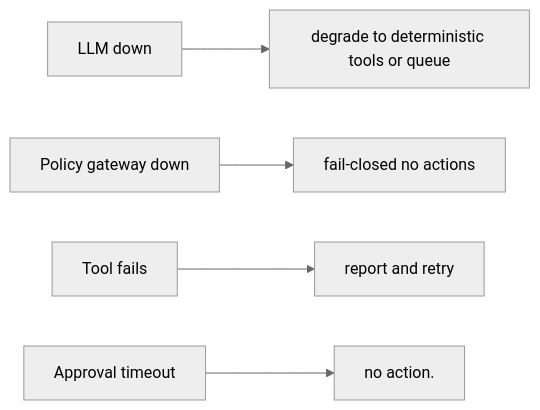
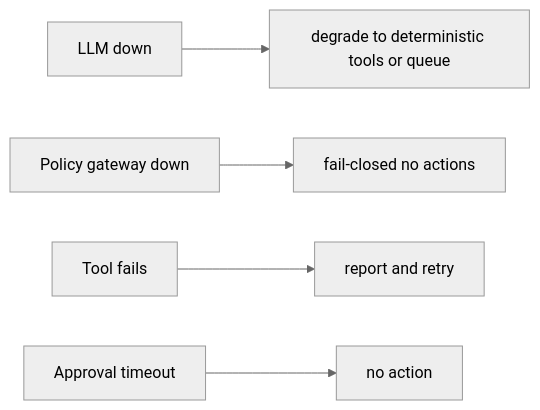
Before and after one commit to RIT-MESH/system-design-mastery: the third of 3 diagrams in case-studies/network-ai-systems/secure-network-agent.md, drawn with Mermaid (neutral theme). The commit also changed other lines of this file and 215 other files, not shown here.

First line of the commit message:
Complete all remaining work: expand case studies, add 13 AI case studies, fix diagrams, status to Complete

````diff
--- a/case-studies/network-ai-systems/secure-network-agent.md
+++ b/case-studies/network-ai-systems/secure-network-agent.md
@@ -38,16 +45,16 @@
 ```mermaid
-%% origin: original to system-design-mastery
+%% created-for: system-design-mastery
 flowchart LR
   C1["LLM down"]
   R2["degrade to deterministic tools or queue"]
   C1 --> R2
   C3["Policy gateway down"]
   R4["fail-closed no actions"]
   C3 --> R4
   C5["Tool fails"]
   R6["report and retry"]
   C5 --> R6
   C7["Approval timeout"]
-  R8["no action."]
+  R8["no action"]
   C7 --> R8
 ```
````
